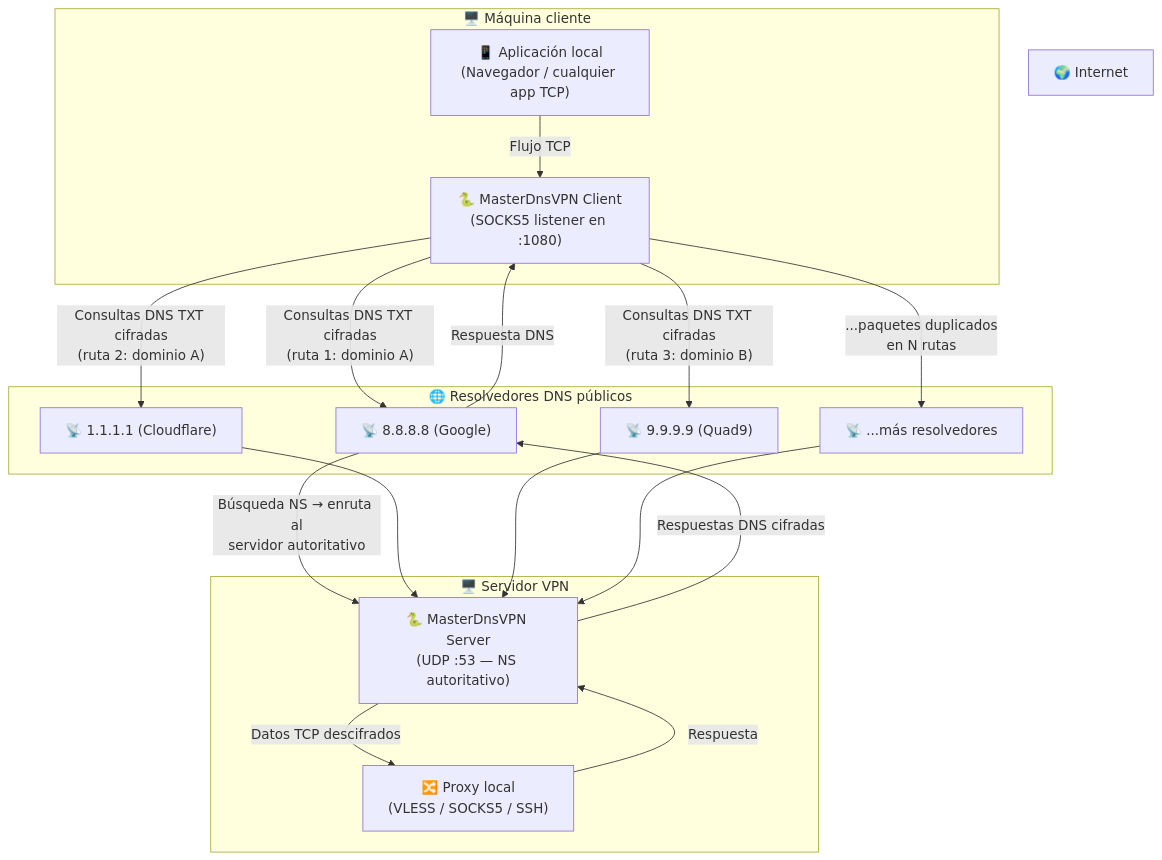
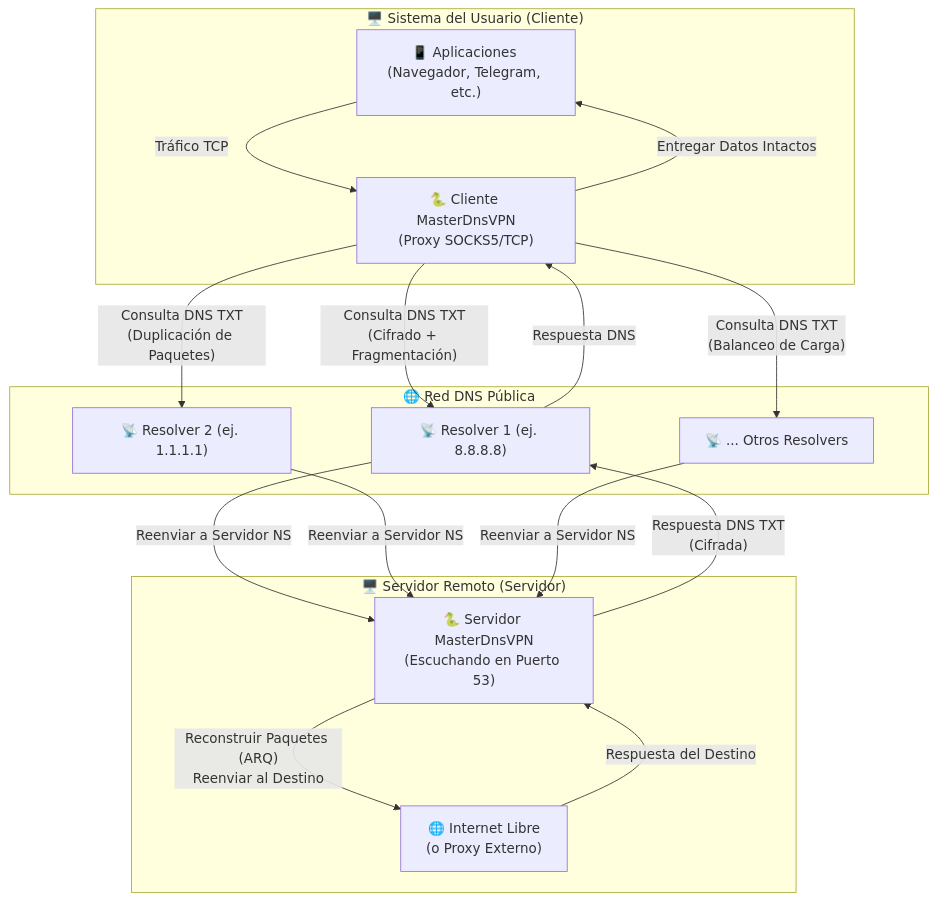
The first of 2 diagrams in README_ES.MD (bhardwajRahul/MasterDnsVPN), drawn with Mermaid before and after one commit. The commit also changed other lines of this file and 1 other file, not shown here.

````diff
--- a/README_ES.MD
+++ b/README_ES.MD
@@ -261,37 +297,33 @@
 ```mermaid
 graph TD
-    subgraph Client_Machine ["🖥️ Máquina cliente"]
-        App["📱 Aplicación local\n(Navegador / cualquier app TCP)"]
-        Client["🐍 MasterDnsVPN Client\n(SOCKS5 listener en :1080)"]
+    subgraph Client_Side ["🖥️ Sistema del Usuario (Cliente)"]
+        App["📱 Aplicaciones (Navegador, Telegram, etc.)"]
+        Client["🐍 Cliente MasterDnsVPN<br>(Proxy SOCKS5/TCP)"]
     end
 
-    subgraph Public_DNS ["🌐 Resolvedores DNS públicos"]
-        R1["📡 8.8.8.8 (Google)"]
-        R2["📡 1.1.1.1 (Cloudflare)"]
-        R3["📡 9.9.9.9 (Quad9)"]
-        RN["📡 ...más resolvedores"]
+    subgraph DNS_Network ["🌐 Red DNS Pública"]
+        R1["📡 Resolver 1 (ej. 8.8.8.8)"]
+        R2["📡 Resolver 2 (ej. 1.1.1.1)"]
+        RN["📡 ... Otros Resolvers"]
     end
 
-    subgraph Server_Machine ["🖥️ Servidor VPN"]
-        Server["🐍 MasterDnsVPN Server\n(UDP :53 — NS autoritativo)"]
-        Proxy["🔀 Proxy local\n(VLESS / SOCKS5 / SSH)"]
+    subgraph Server_Side ["🖥️ Servidor Remoto (Servidor)"]
+        Server["🐍 Servidor MasterDnsVPN<br>(Escuchando en Puerto 53)"]
+        Target["🌐 Internet Libre<br>(o Proxy Externo)"]
     end
 
-    Internet["🌍 Internet"]
+    App -->|"Tráfico TCP"| Client
+    Client -->|"Consulta DNS TXT<br>(Cifrado + Fragmentación)"| R1
+    Client -->|"Consulta DNS TXT<br>(Duplicación de Paquetes)"| R2
+    Client -->|"Consulta DNS TXT<br>(Balanceo de Carga)"| RN
 
-    App -->|"Flujo TCP"| Client
-    Client -->|"Consultas DNS TXT cifradas\n(ruta 1: dominio A)"| R1
-    Client -->|"Consultas DNS TXT cifradas\n(ruta 2: dominio A)"| R2
-    Client -->|"Consultas DNS TXT cifradas\n(ruta 3: dominio B)"| R3
-    Client -->|"...paquetes duplicados\nen N rutas"| RN
+    R1 -->|"Reenviar a Servidor NS"| Server
+    R2 -->|"Reenviar a Servidor NS"| Server
+    RN -->|"Reenviar a Servidor NS"| Server
 
-    R1 -->|"Búsqueda NS → enruta al\nservidor autoritativo"| Server
-    R2 --> Server
-    R3 --> Server
-    RN --> Server
-
-    Server -->|"Datos TCP descifrados"| Proxy
-    Proxy -->|"Respuesta"| Server
-    Server -->|"Respuestas DNS cifradas"| R1
+    Server -->|"Reconstruir Paquetes (ARQ)<br>Reenviar al Destino"| Target
+    Target -->|"Respuesta del Destino"| Server
+    Server -->|"Respuesta DNS TXT<br>(Cifrada)"| R1
     R1 -->|"Respuesta DNS"| Client
+    Client -->|"Entregar Datos Intactos"| App
 ```
````
